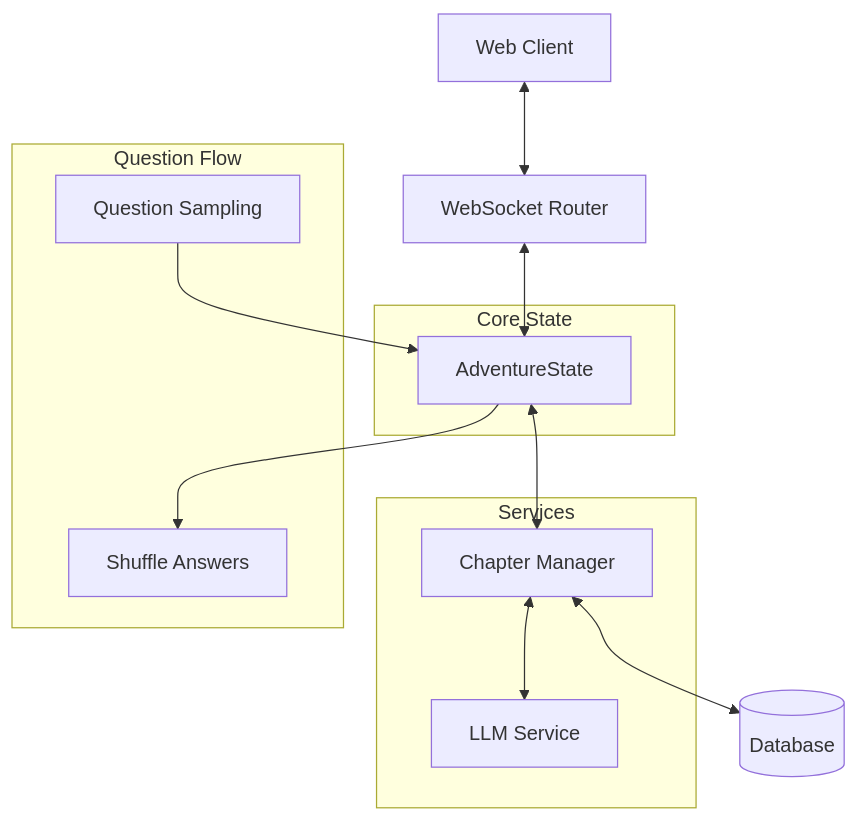
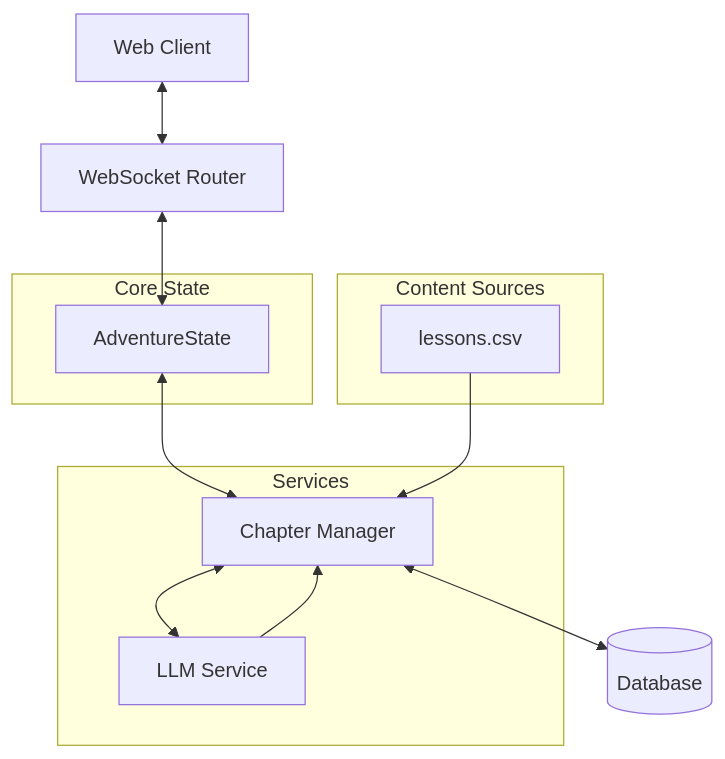
The diagram in memory-bank/systemPatterns.md (DesmondChoy/adventures), drawn with Mermaid before and after one commit. The commit also changed other lines of this file and 4 other files, not shown here.

````diff
--- a/memory-bank/systemPatterns.md
+++ b/memory-bank/systemPatterns.md
@@ -4,22 +4,22 @@
 ```mermaid
 graph TD
     Client[Web Client] <--> WS[WebSocket Router]
     WS <--> AS[AdventureState]
     AS <--> CM[Chapter Manager]
     CM <--> LLM[LLM Service]
     CM <--> DB[(Database)]
     
     subgraph Core State
         AS
     end
     
     subgraph Services
         CM
         LLM
     end
 
-    subgraph Question Flow
-        QS[Question Sampling] --> AS
-        AS --> SF[Shuffle Answers]
+    subgraph Content Sources
+        CSV[lessons.csv] --> CM
+        LLM --> CM
     end
 ```
````
